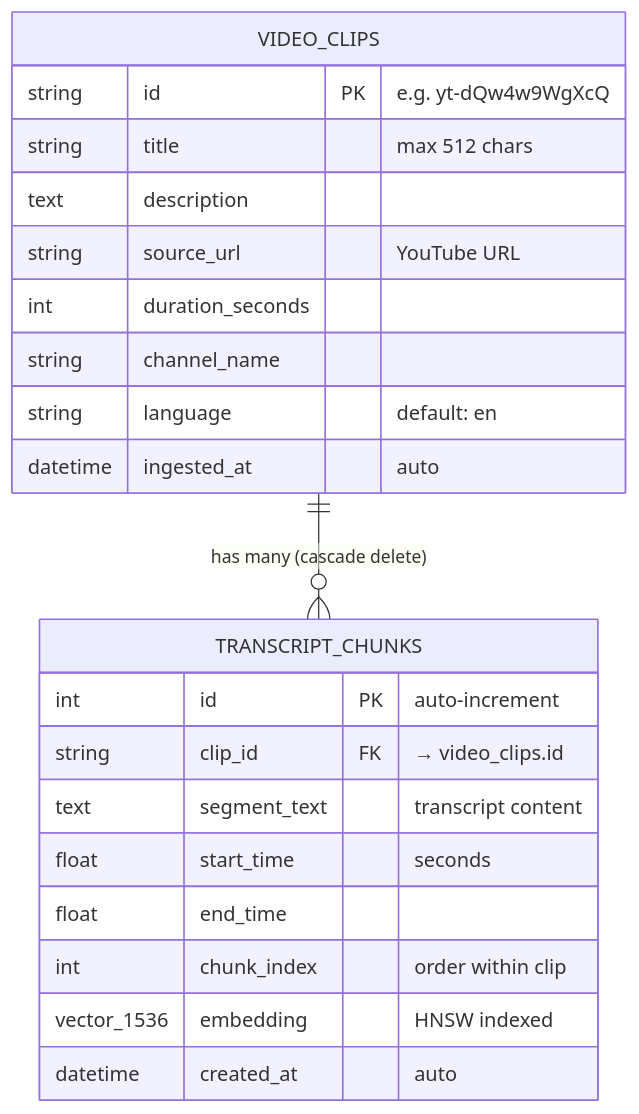
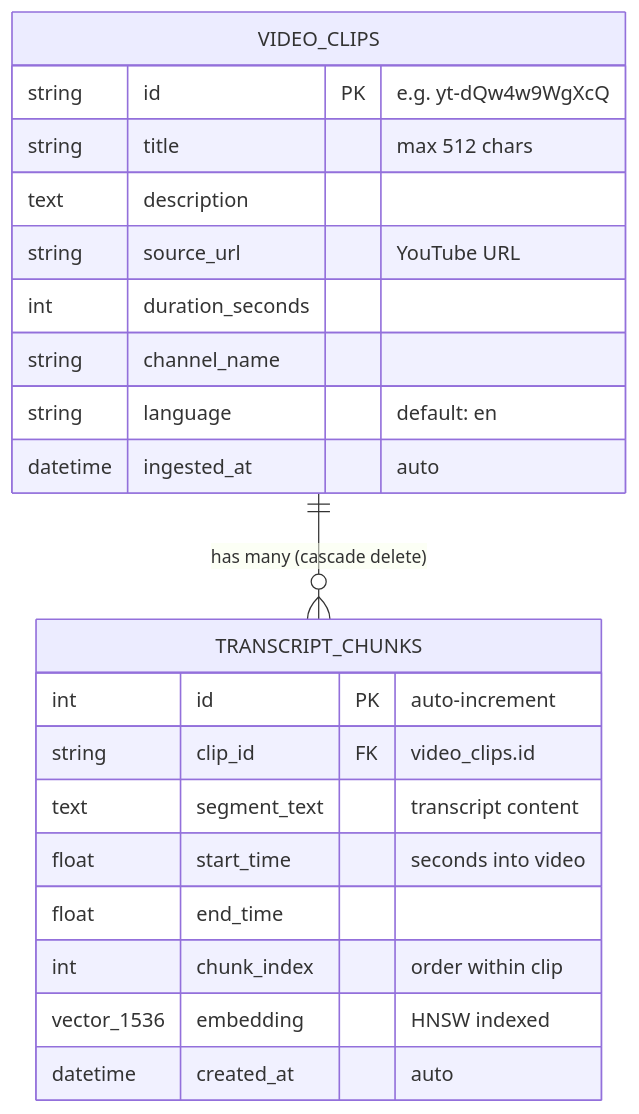
One commit to singhrobin123/semantic-video-search changed the sixth of 8 diagrams in README.md. Above: the diagram before and after it, drawn with Mermaid. The commit also changed other lines of this file, not shown here.

Commit message:
Improve README: Mermaid diagrams, better readability, collapsible API docs

````diff
--- a/README.md
+++ b/README.md
@@ -329,24 +316,24 @@
 ```mermaid
 erDiagram
     VIDEO_CLIPS ||--o{ TRANSCRIPT_CHUNKS : "has many (cascade delete)"
     VIDEO_CLIPS {
         string id PK "e.g. yt-dQw4w9WgXcQ"
         string title "max 512 chars"
         text description
         string source_url "YouTube URL"
         int duration_seconds
         string channel_name
         string language "default: en"
         datetime ingested_at "auto"
     }
     TRANSCRIPT_CHUNKS {
         int id PK "auto-increment"
-        string clip_id FK "→ video_clips.id"
+        string clip_id FK "video_clips.id"
         text segment_text "transcript content"
-        float start_time "seconds"
+        float start_time "seconds into video"
         float end_time
         int chunk_index "order within clip"
         vector_1536 embedding "HNSW indexed"
         datetime created_at "auto"
     }
 ```
````
